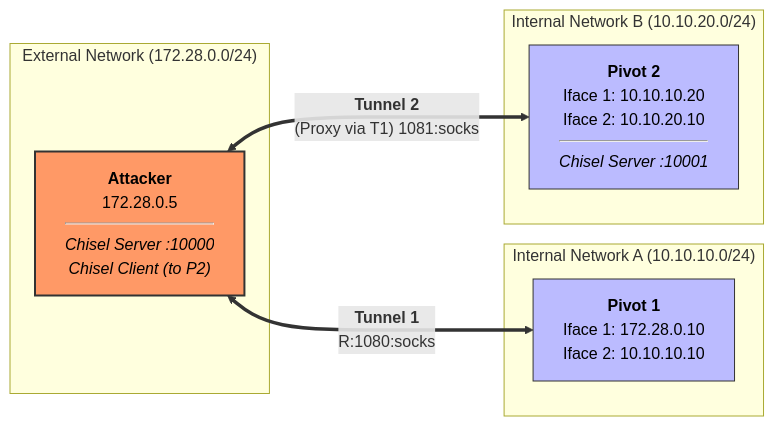
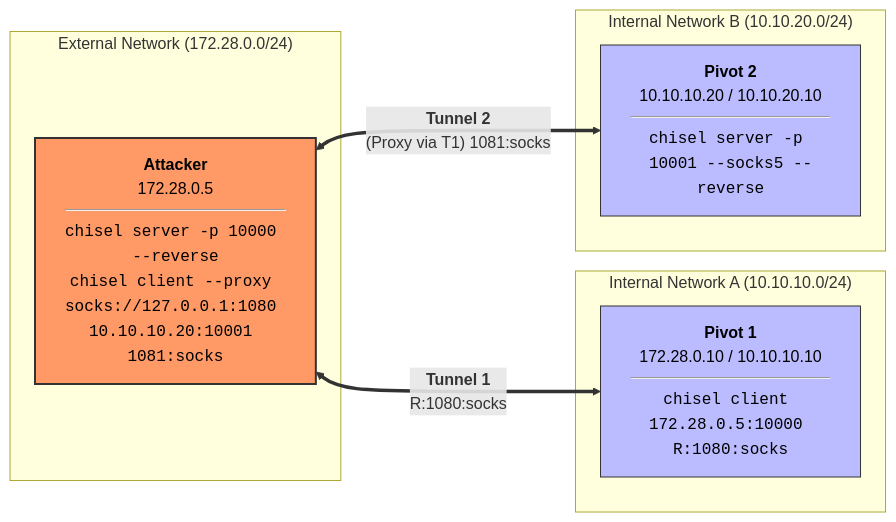
The second of 6 diagrams in README.md (remiotore/pivoting-with-chisel-lab), drawn with Mermaid before and after one commit. The commit also changed other lines of this file, not shown here.

Commit message:
Included commands in mermaid graph

````diff
--- a/README.md
+++ b/README.md
@@ -106,22 +106,22 @@
 ```mermaid
 %%{init: {'themeVariables': { 'primaryTextColor': '#000', 'secondaryTextColor': '#000', 'tertiaryTextColor': '#000' }}}%%
 graph LR
     subgraph "External Network (172.28.0.0/24)"
-        A["<b>Attacker</b><br/>172.28.0.5<br/><hr/><i>Chisel Server :10000</i><br/><i>Chisel Client (to P2)</i>"]
+        A["<b>Attacker</b><br/>172.28.0.5<br/><hr/><code>chisel server -p 10000 --reverse</code><br/><code>chisel client --proxy socks://127.0.0.1:1080 10.10.10.20:10001 1081:socks</code>"]
     end
 
     subgraph "Internal Network A (10.10.10.0/24)"
-        P1["<b>Pivot 1</b><br/>Iface 1: 172.28.0.10<br/>Iface 2: 10.10.10.10"]
+        P1["<b>Pivot 1</b><br/>172.28.0.10 / 10.10.10.10<br/><hr/><code>chisel client 172.28.0.5:10000 R:1080:socks</code>"]
     end
 
     subgraph "Internal Network B (10.10.20.0/24)"
-        P2["<b>Pivot 2</b><br/>Iface 1: 10.10.10.20<br/>Iface 2: 10.10.20.10<br/><hr/><i>Chisel Server :10001</i>"]
+        P2["<b>Pivot 2</b><br/>10.10.10.20 / 10.10.20.10<br/><hr/><code>chisel server -p 10001 --socks5 --reverse</code>"]
     end
 
     A <== "<b>Tunnel 1</b><br/>R:1080:socks" ==> P1
     A <== "<b>Tunnel 2</b><br/>(Proxy via T1) 1081:socks" ==> P2
 
     style A fill:#f96,stroke:#333,stroke-width:2px,color:#000
     style P1 fill:#bbf,stroke:#333,color:#000
     style P2 fill:#bbf,stroke:#333,color:#000
 ```
````
